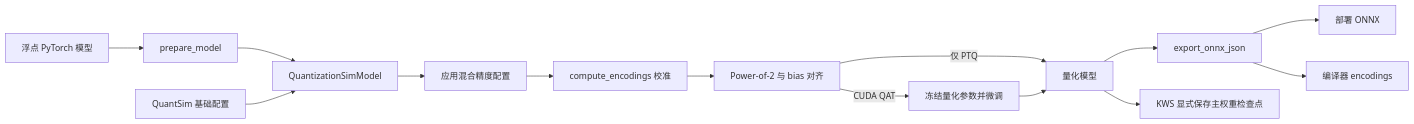
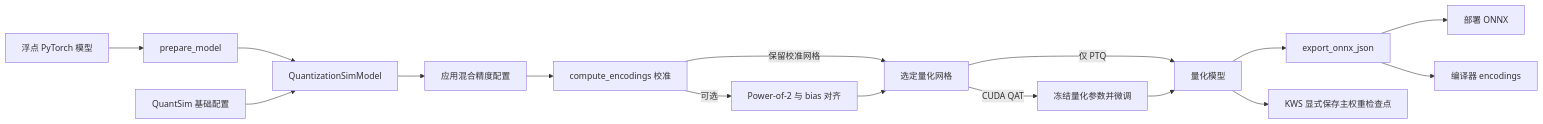
One commit to reexen-tech/rx-met changed the second of 4 diagrams in docs/architecture.md. Above: the diagram before and after it, drawn with Mermaid. The commit also changed other lines of this file and 10 other files, not shown here.

````diff
--- a/docs/architecture.md
+++ b/docs/architecture.md
@@ -65,16 +66,18 @@
 ```mermaid
 flowchart LR
     FP[浮点 PyTorch 模型] --> Prepare[prepare_model]
     Prepare --> Sim[QuantizationSimModel]
     Base[QuantSim 基础配置] --> Sim
     Sim --> Mixed[应用混合精度配置]
     Mixed --> Calibrate[compute_encodings 校准]
-    Calibrate --> Po2[Power-of-2 与 bias 对齐]
-    Po2 -->|仅 PTQ| Quantized[量化模型]
-    Po2 -->|CUDA QAT| QAT[冻结量化参数并微调]
+    Calibrate -->|可选| Po2[Power-of-2 与 bias 对齐]
+    Calibrate -->|保留校准网格| Ready[选定量化网格]
+    Po2 --> Ready
+    Ready -->|仅 PTQ| Quantized[量化模型]
+    Ready -->|CUDA QAT| QAT[冻结量化参数并微调]
     QAT --> Quantized
     Quantized --> Export[export_onnx_json]
     Quantized --> State[KWS 显式保存主权重检查点]
     Export --> ONNX[部署 ONNX]
     Export --> Enc[编译器 encodings]
 ```
````
